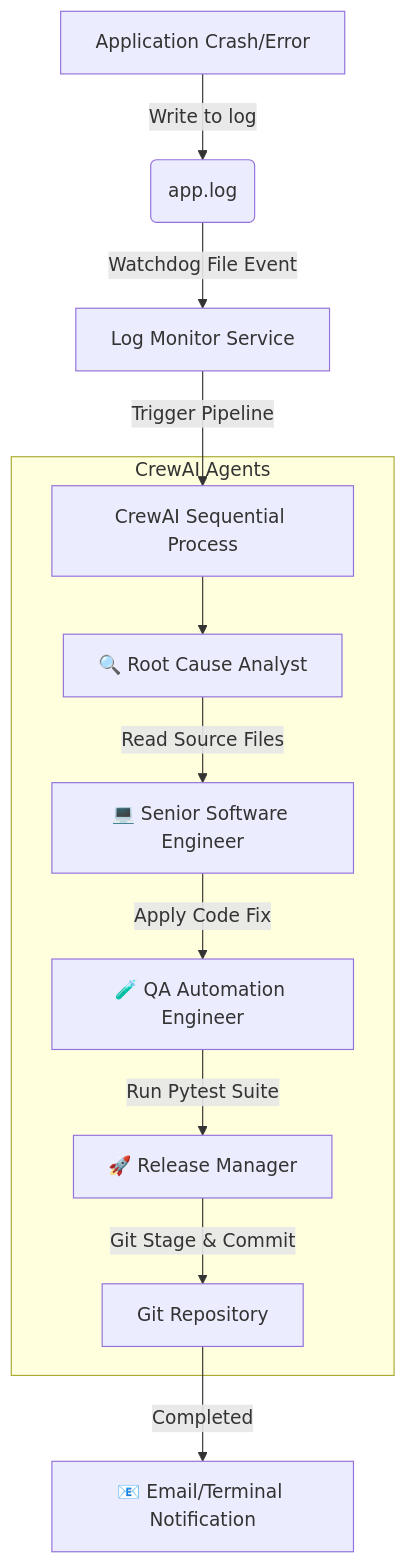
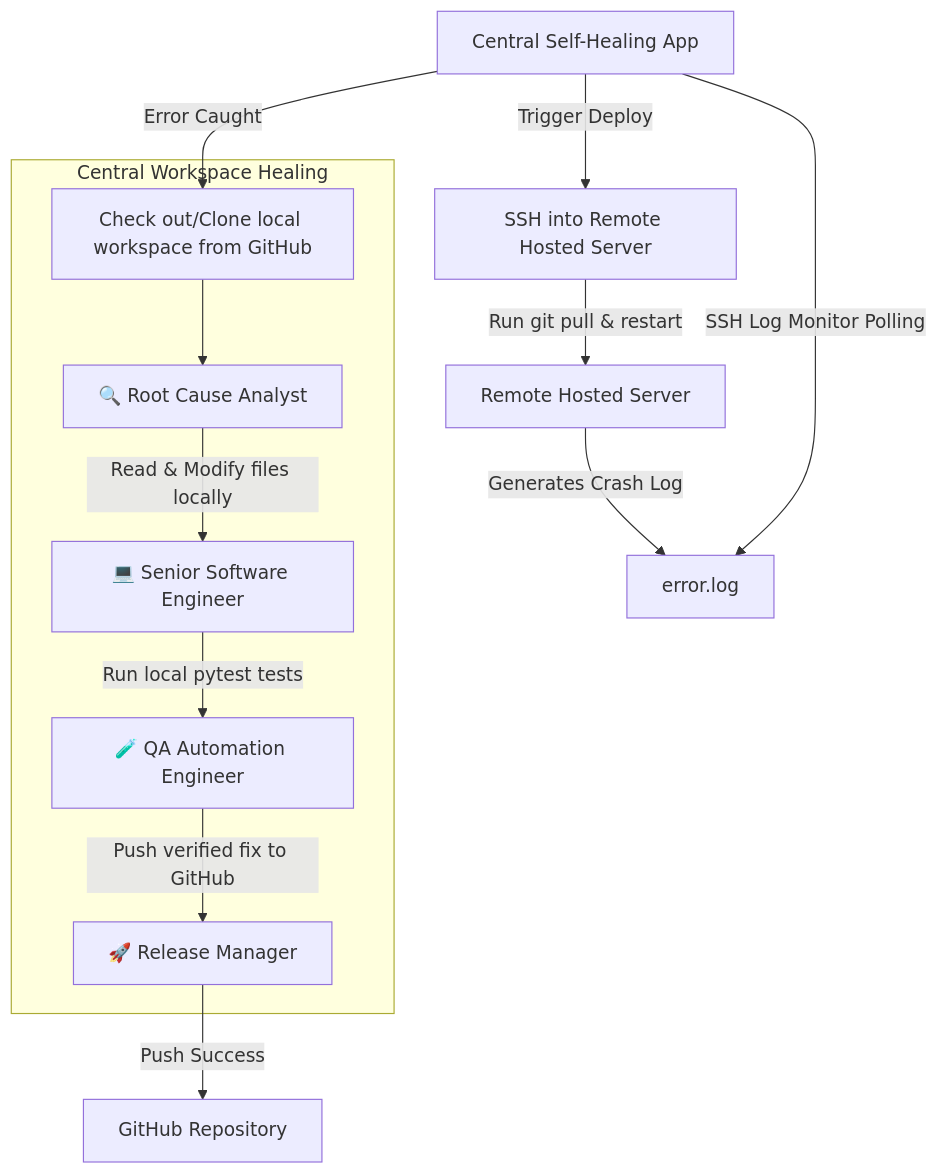
Before and after one commit to Reaven010/self-healing-agent: the diagram in README.md, drawn with Mermaid. The commit also changed other lines of this file and 2 other files, not shown here.

Commit message:
feat: Finalize GitOps remote-log & GitHub cloning self-healing pipeline

````diff
--- a/README.md
+++ b/README.md
@@ -5,16 +5,17 @@
 ```mermaid
 graph TD
-    A[Application Crash/Error] -->|Write to log| B(app.log)
-    B -->|Watchdog File Event| C[Log Monitor Service]
-    C -->|Trigger Pipeline| D[CrewAI Sequential Process]
+    A[Remote Hosted Server] -->|Generates Crash Log| B[error.log]
+    C[Central Self-Healing App] -->|SSH Log Monitor Polling| B
+    C -->|Error Caught| D[Check out/Clone local workspace from GitHub]
     
-    subgraph CrewAI Agents
+    subgraph Central Workspace Healing
         D --> E[🔍 Root Cause Analyst]
-        E -->|Read Source Files| F[💻 Senior Software Engineer]
-        F -->|Apply Code Fix| G[🧪 QA Automation Engineer]
-        G -->|Run Pytest Suite| H[🚀 Release Manager]
-        H -->|Git Stage & Commit| I[Git Repository]
+        E -->|Read & Modify files locally| F[💻 Senior Software Engineer]
+        F -->|Run local pytest tests| G[🧪 QA Automation Engineer]
+        G -->|Push verified fix to GitHub| H[🚀 Release Manager]
     end
     
-    I -->|Completed| J[📧 Email/Terminal Notification]
+    H -->|Push Success| I[GitHub Repository]
+    C -->|Trigger Deploy| J[SSH into Remote Hosted Server]
+    J -->|Run git pull & restart| A
 ```
````
